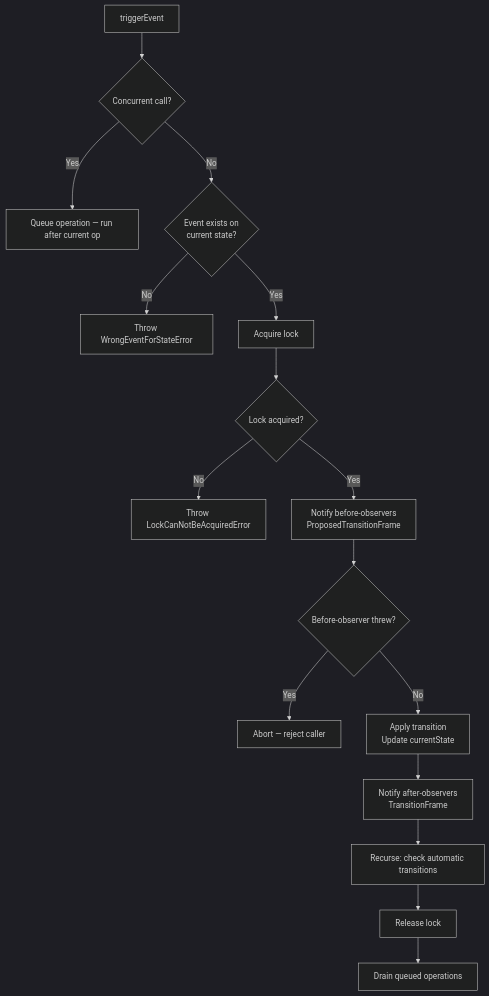
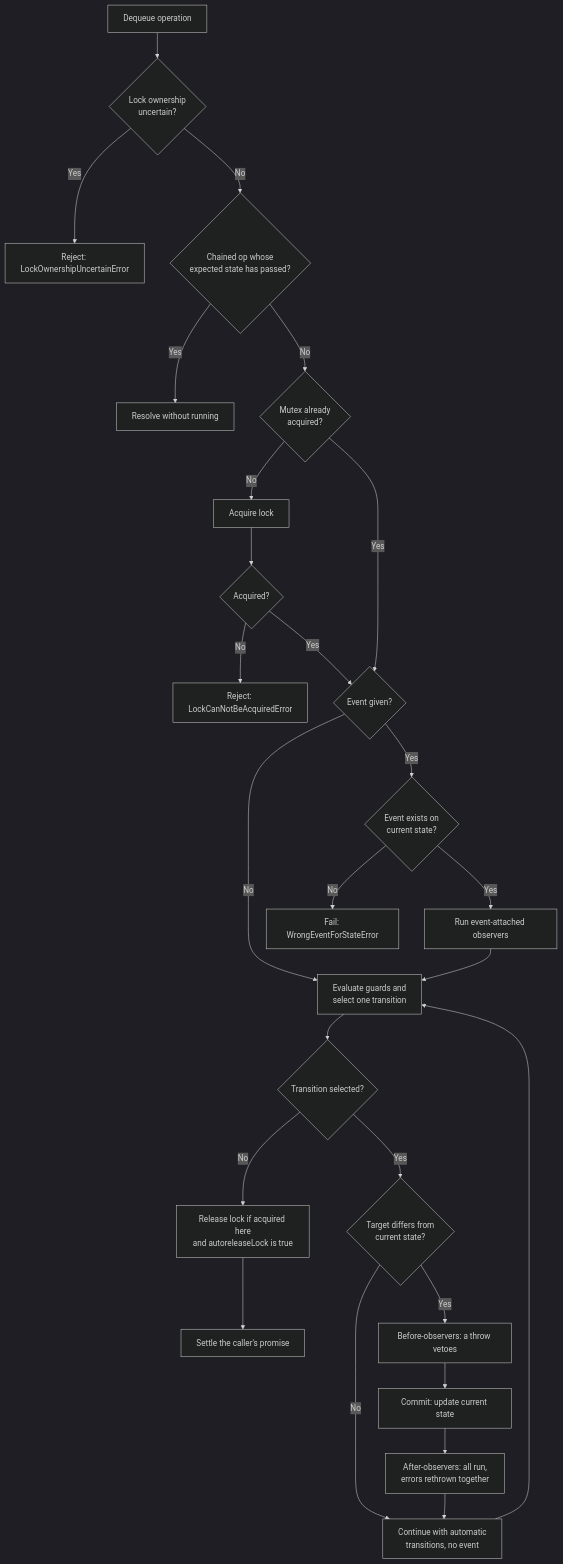
One commit to camcima/finita changed the diagram in docs/core.md. Above: the diagram before and after it, drawn with Mermaid (dark theme). The commit also changed other lines of this file and 3 other files, not shown here.

First line of the commit message:
docs: document persisted-state ownership and the real operation flow (#76)

````diff
--- a/docs/core.md
+++ b/docs/core.md
@@ -394,18 +401,29 @@
 ```mermaid
 flowchart TD
-    A[triggerEvent] --> B{Concurrent call?}
-    B -- Yes --> C[Queue operation — run after current op]
-    B -- No --> D{Event exists on\ncurrent state?}
-    D -- No --> E[Throw WrongEventForStateError]
-    D -- Yes --> F[Acquire lock]
-    F --> G{Lock acquired?}
-    G -- No --> H[Throw LockCanNotBeAcquiredError]
-    G -- Yes --> I[Notify before-observers\nProposedTransitionFrame]
-    I --> J{Before-observer threw?}
-    J -- Yes --> K[Abort — reject caller]
-    J -- No --> L[Apply transition\nUpdate currentState]
-    L --> M[Notify after-observers\nTransitionFrame]
-    M --> N[Recurse: check automatic transitions]
-    N --> O[Release lock]
-    O --> P[Drain queued operations]
+    A[Dequeue operation] --> U{Lock ownership\nuncertain?}
+    U -- Yes --> U2[Reject: LockOwnershipUncertainError]
+    U -- No --> B{Chained op whose\nexpected state has passed?}
+    B -- Yes --> B2[Resolve without running]
+    B -- No --> C{Mutex already\nacquired?}
+    C -- No --> D[Acquire lock]
+    D --> D2{Acquired?}
+    D2 -- No --> D3[Reject: LockCanNotBeAcquiredError]
+    D2 -- Yes --> E
+    C -- Yes --> E{Event given?}
+    E -- No --> G
+    E -- Yes --> F{Event exists on\ncurrent state?}
+    F -- No --> F2[Fail: WrongEventForStateError]
+    F -- Yes --> F3[Run event-attached observers]
+    F3 --> G[Evaluate guards and\nselect one transition]
+    G --> H{Transition selected?}
+    H -- No --> R
+    H -- Yes --> I{Target differs from\ncurrent state?}
+    I -- No --> K
+    I -- Yes --> J[Before-observers: a throw vetoes]
+    J --> J2[Commit: update current state]
+    J2 --> J3[After-observers: all run,\nerrors rethrown together]
+    J3 --> K[Continue with automatic\ntransitions, no event]
+    K --> G
+    R[Release lock if acquired here\nand autoreleaseLock is true]
+    R --> S[Settle the caller's promise]
 ```
````
